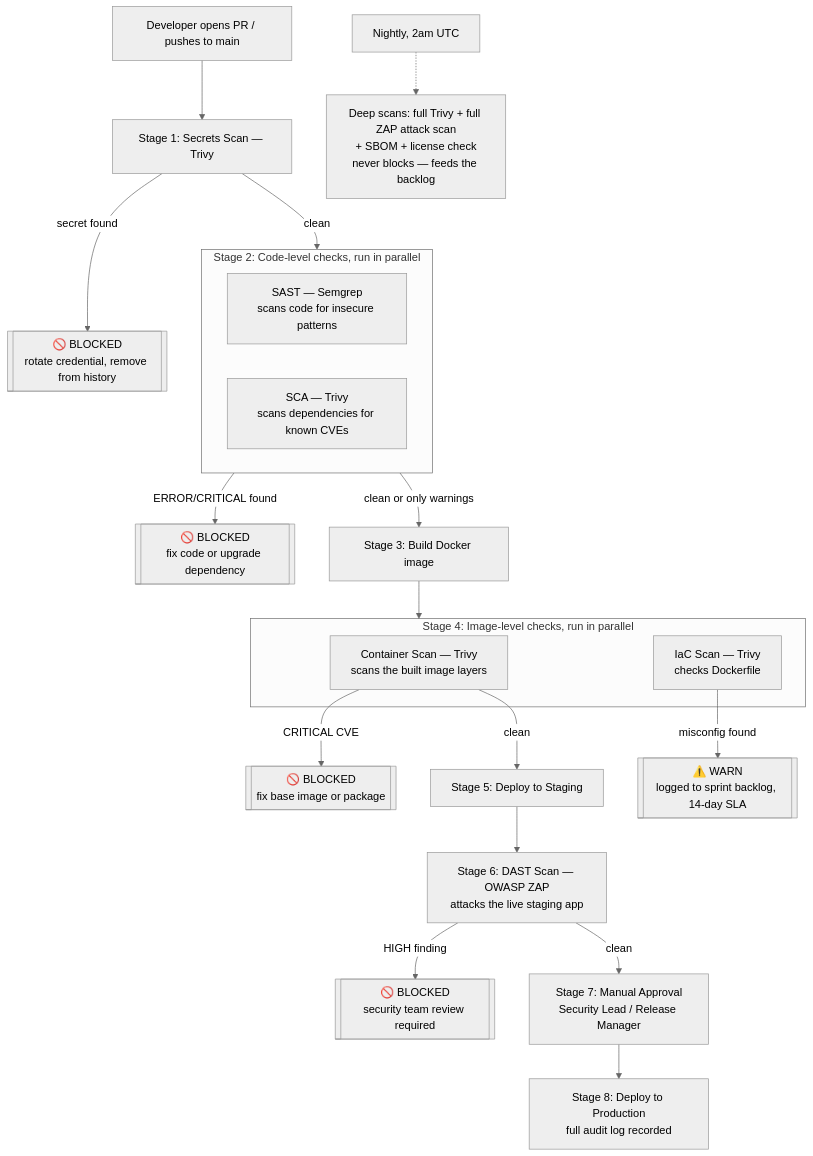
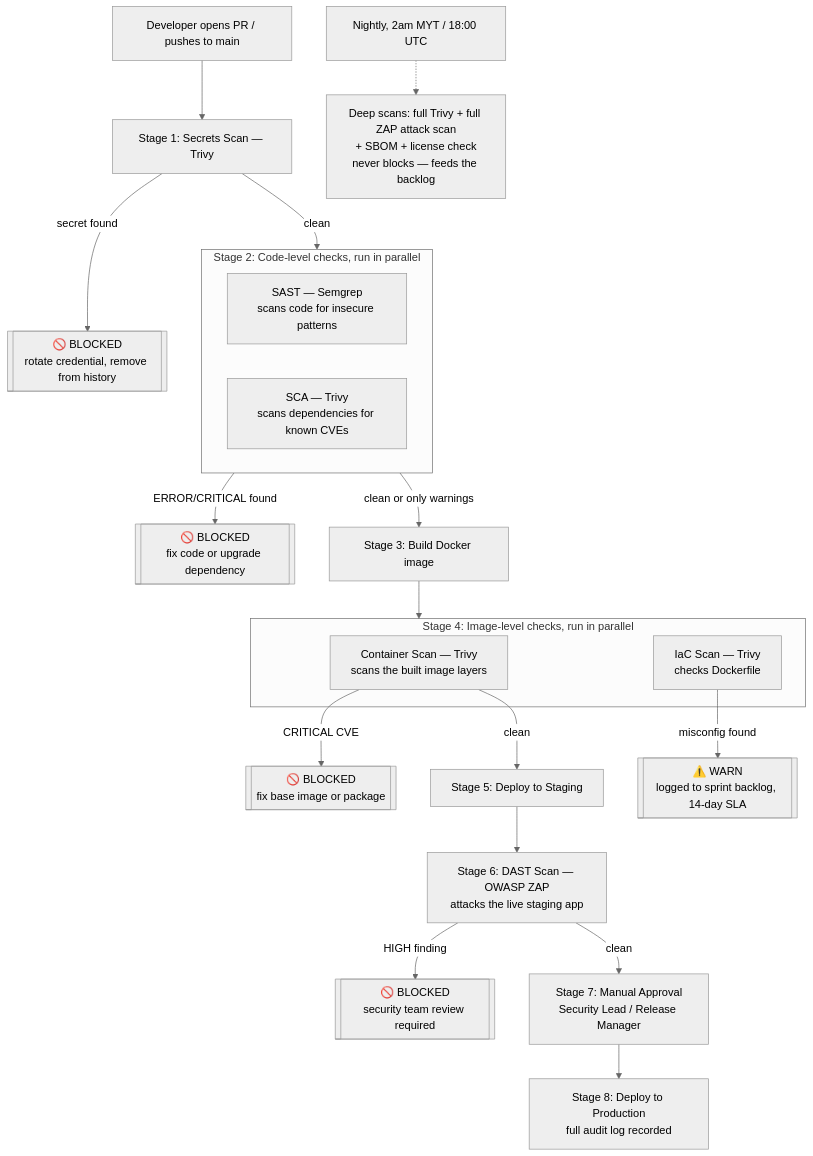
The diagram in README.md (Denish02/DEVSECOPS), drawn with Mermaid (neutral theme) before and after one commit. The commit also changed other lines of this file and 5 other files, not shown here.

First line of the commit message:
Adjust nightly scan schedule to Malaysia Time

````diff
--- a/README.md
+++ b/README.md
@@ -45,30 +45,30 @@
 ```mermaid
 flowchart TD
     A[Developer opens PR / pushes to main] --> B[Stage 1: Secrets Scan — Trivy]
     B -- secret found --> BLOCK1[["🚫 BLOCKED\nrotate credential, remove from history"]]
     B -- clean --> C
 
     subgraph C [Stage 2: Code-level checks, run in parallel]
         C1[SAST — Semgrep\nscans code for insecure patterns]
         C2[SCA — Trivy\nscans dependencies for known CVEs]
     end
     C -- ERROR/CRITICAL found --> BLOCK2[["🚫 BLOCKED\nfix code or upgrade dependency"]]
     C -- clean or only warnings --> D[Stage 3: Build Docker image]
 
     D --> E
     subgraph E [Stage 4: Image-level checks, run in parallel]
         E1[Container Scan — Trivy\nscans the built image layers]
         E2[IaC Scan — Trivy\nchecks Dockerfile]
     end
     E1 -- CRITICAL CVE --> BLOCK3[["🚫 BLOCKED\nfix base image or package"]]
     E2 -- misconfig found --> WARN1[["⚠️ WARN\nlogged to sprint backlog, 14-day SLA"]]
     E1 -- clean --> F[Stage 5: Deploy to Staging]
 
     F --> G[Stage 6: DAST Scan — OWASP ZAP\nattacks the live staging app]
     G -- HIGH finding --> BLOCK4[["🚫 BLOCKED\nsecurity team review required"]]
     G -- clean --> H[Stage 7: Manual Approval\nSecurity Lead / Release Manager]
 
     H --> I[Stage 8: Deploy to Production\nfull audit log recorded]
 
-    J[Nightly, 2am UTC] -.-> K[Deep scans: full Trivy + full ZAP attack scan\n+ SBOM + license check\nnever blocks — feeds the backlog]
+    J[Nightly, 2am MYT / 18:00 UTC] -.-> K[Deep scans: full Trivy + full ZAP attack scan\n+ SBOM + license check\nnever blocks — feeds the backlog]
 ```
````
